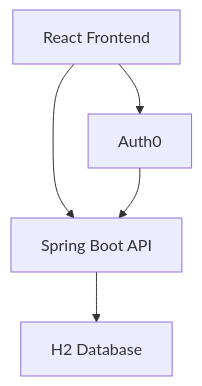
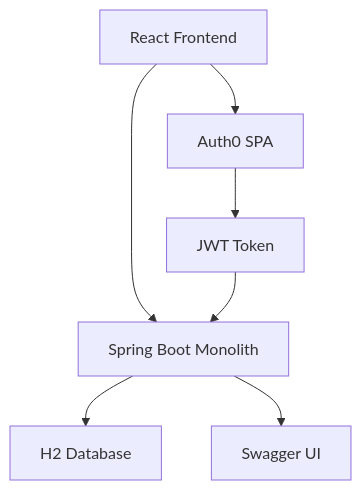
Before and after one commit to SantiagoAmaya21/TDSE-Microservicios: the first of 3 diagrams in README.md, drawn with Mermaid. The commit also changed other lines of this file and 1 other file, not shown here.

````diff
--- a/README.md
+++ b/README.md
@@ -129,7 +53,9 @@
 ```mermaid
 graph TD
-    A[React Frontend] --> B[Spring Boot API]
+    A[React Frontend] --> B[Spring Boot Monolith]
     B --> C[H2 Database]
-    A --> D[Auth0]
-    D --> B
+    A --> D[Auth0 SPA]
+    D --> E[JWT Token]
+    E --> B
+    B --> F[Swagger UI]
 ```
````
